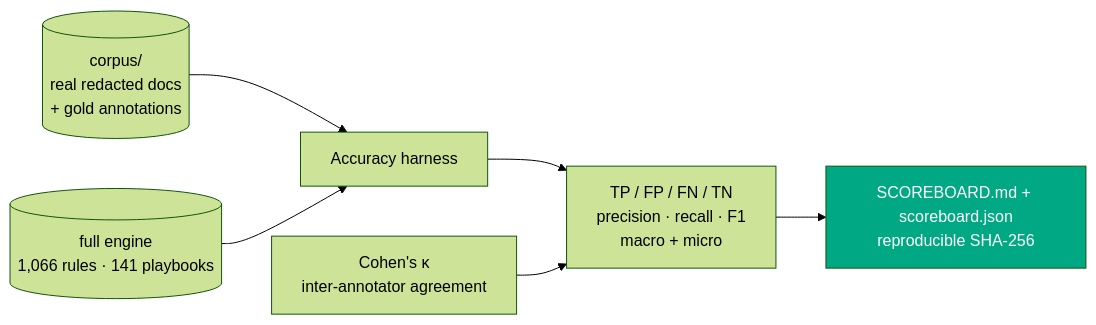
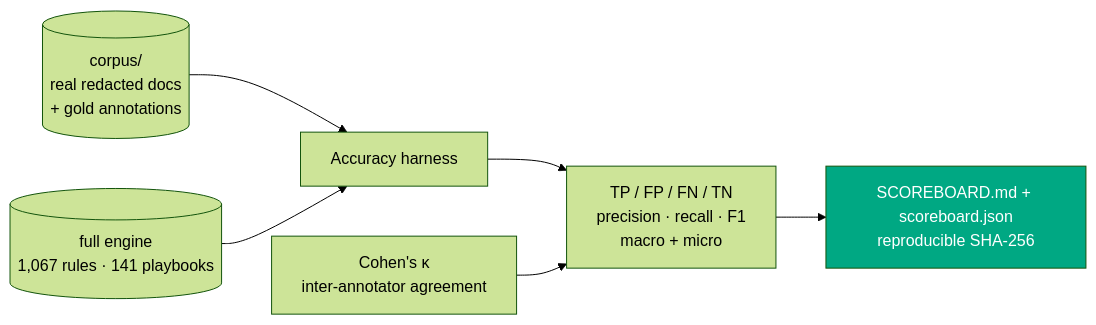
The seventh of 11 diagrams in README.md (clay-good/vaulytica), drawn with Mermaid (forest theme) before and after one commit. The commit also changed other lines of this file and 363 other files, not shown here.

````diff
--- a/README.md
+++ b/README.md
@@ -1204,9 +1204,9 @@
 ```mermaid
 flowchart LR
   C[(corpus/<br/>real redacted docs<br/>+ gold annotations)] --> H[Accuracy harness]
-  R[(full engine<br/>1,066 rules · 141 playbooks)] --> H
+  R[(full engine<br/>1,067 rules · 141 playbooks)] --> H
   H --> M[TP / FP / FN / TN<br/>precision · recall · F1<br/>macro + micro]
   M --> S[SCOREBOARD.md + scoreboard.json<br/>reproducible SHA-256]
   K[Cohen's κ<br/>inter-annotator agreement] --> M
   style S fill:#00A883,color:#fff
 ```
````
